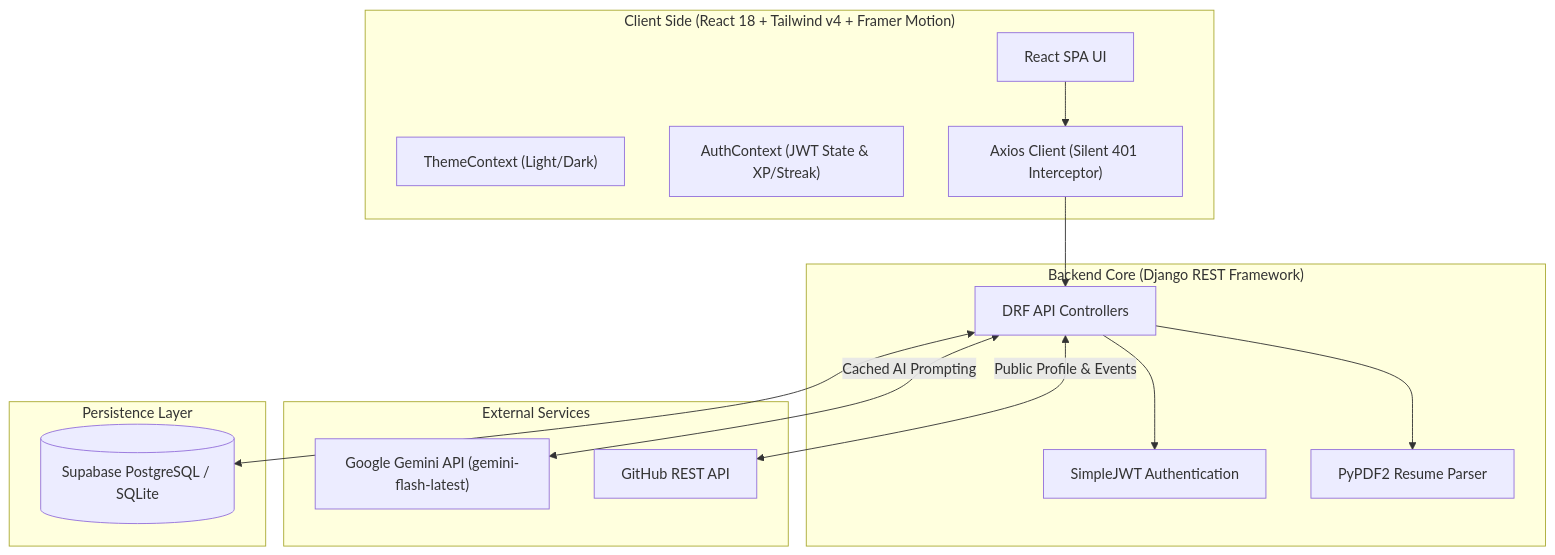
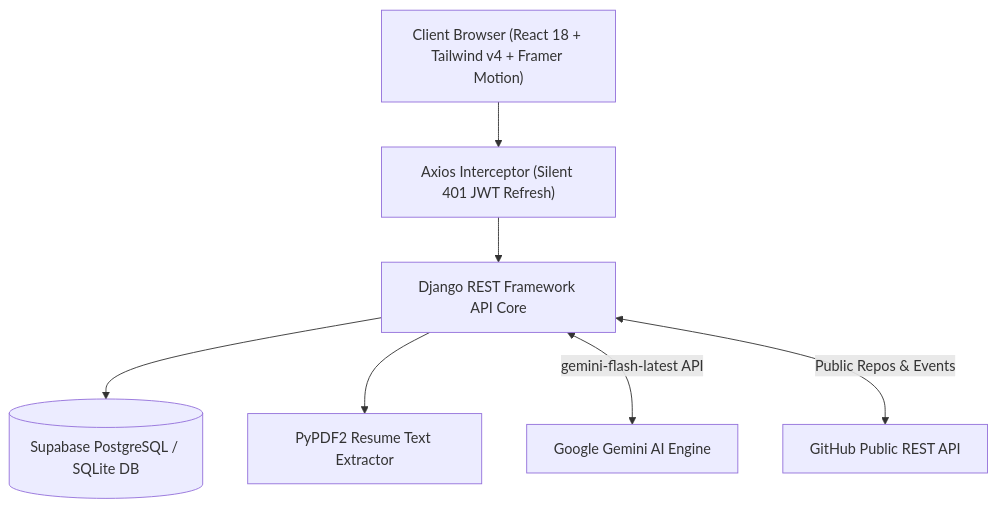
Before and after one commit to XCHAUDHARY00/CareerMind-A: the diagram in README.md, drawn with Mermaid. The commit also changed other lines of this file and 13 other files, not shown here.

Commit message:
docs: add dedicated ARCHITECTURE.md, comprehensive API & feature README, and expanded in-depth Q&A notes for Days 15-26

````diff
--- a/README.md
+++ b/README.md
@@ -63,32 +43,9 @@
 ```mermaid
 graph TD
-    subgraph Client ["Client Side (React 18 + Tailwind v4 + Framer Motion)"]
-        UI["React SPA UI"]
-        Theme["ThemeContext (Light/Dark)"]
-        Auth["AuthContext (JWT State & XP/Streak)"]
-        Axios["Axios Client (Silent 401 Interceptor)"]
-    end
-
-    subgraph Backend ["Backend Core (Django REST Framework)"]
-        API["DRF API Controllers"]
-        JWT["SimpleJWT Authentication"]
-        PyPDF2["PyPDF2 Resume Parser"]
-    end
-
-    subgraph External ["External Services"]
-        Gemini["Google Gemini API (gemini-flash-latest)"]
-        GitHub["GitHub REST API"]
-    end
-
-    subgraph Database ["Persistence Layer"]
-        DB[("Supabase PostgreSQL / SQLite")]
-    end
-
-    UI --> Axios
-    Axios --> API
-    API --> JWT
-    API <--> DB
-    API --> PyPDF2
-    API <-->|"Cached AI Prompting"| Gemini
-    API <-->|"Public Profile & Events"| GitHub
+    User["Client Browser (React 18 + Tailwind v4 + Framer Motion)"] --> Interceptor["Axios Interceptor (Silent 401 JWT Refresh)"]
+    Interceptor --> DRF["Django REST Framework API Core"]
+    DRF --> ORM[("Supabase PostgreSQL / SQLite DB")]
+    DRF --> PyPDF2["PyPDF2 Resume Text Extractor"]
+    DRF <-->|"gemini-flash-latest API"| Gemini["Google Gemini AI Engine"]
+    DRF <-->|"Public Repos & Events"| GitHub["GitHub Public REST API"]
 ```
````
